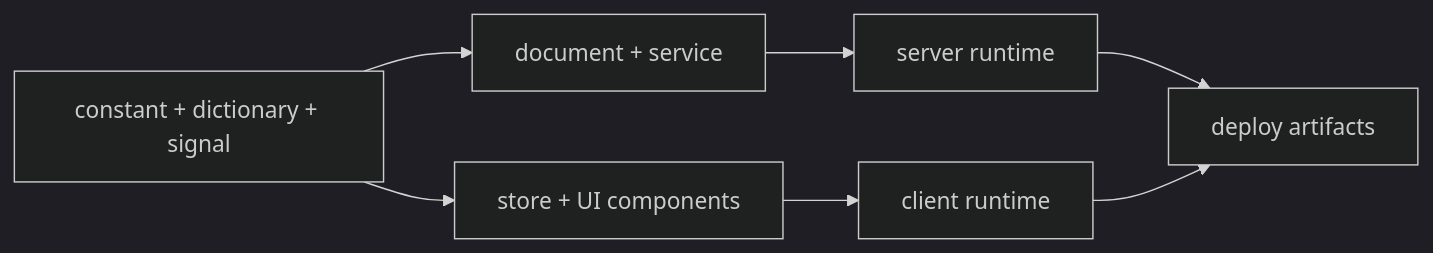
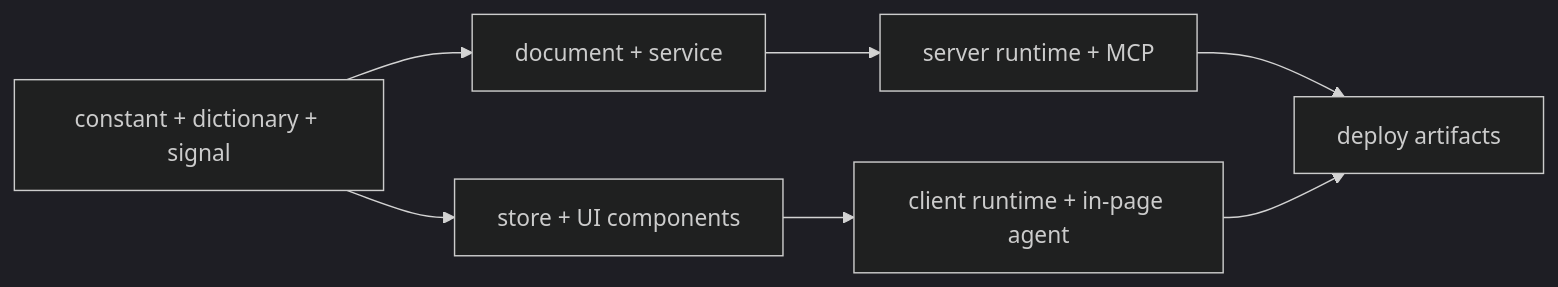
Before and after one commit to aka-bassman/akanjs: the diagram in README.ko.md, drawn with Mermaid (dark theme). The commit also changed other lines of this file and 257 other files, not shown here.

````diff
--- a/README.ko.md
+++ b/README.ko.md
@@ -94,9 +172,9 @@
 ```mermaid
 flowchart LR
   ConstantDictionarySignal["constant + dictionary + signal"] --> DocumentService["document + service"]
   ConstantDictionarySignal --> StoreComponents["store + UI components"]
-  DocumentService --> ServerRuntime["server runtime"]
-  StoreComponents --> ClientRuntime["client runtime"]
+  DocumentService --> ServerRuntime["server runtime + MCP"]
+  StoreComponents --> ClientRuntime["client runtime + in-page agent"]
   ServerRuntime --> DeployArtifacts["deploy artifacts"]
   ClientRuntime --> DeployArtifacts
 ```
````
